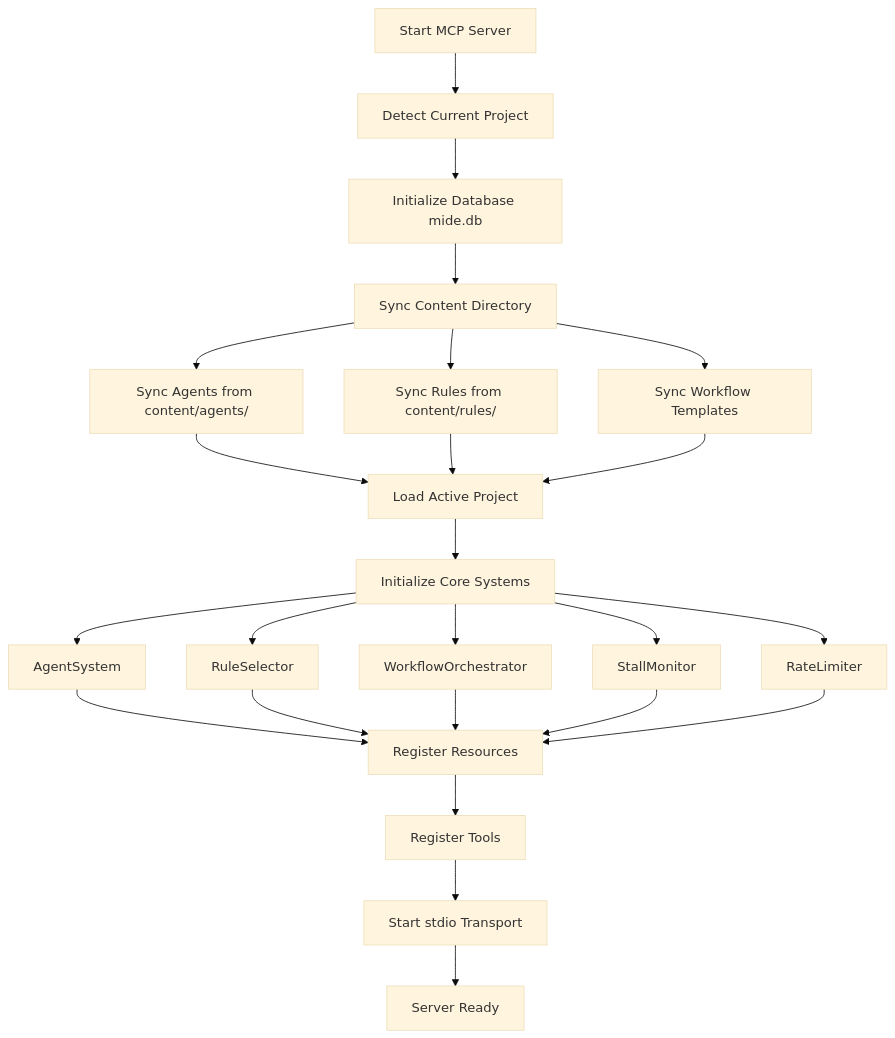
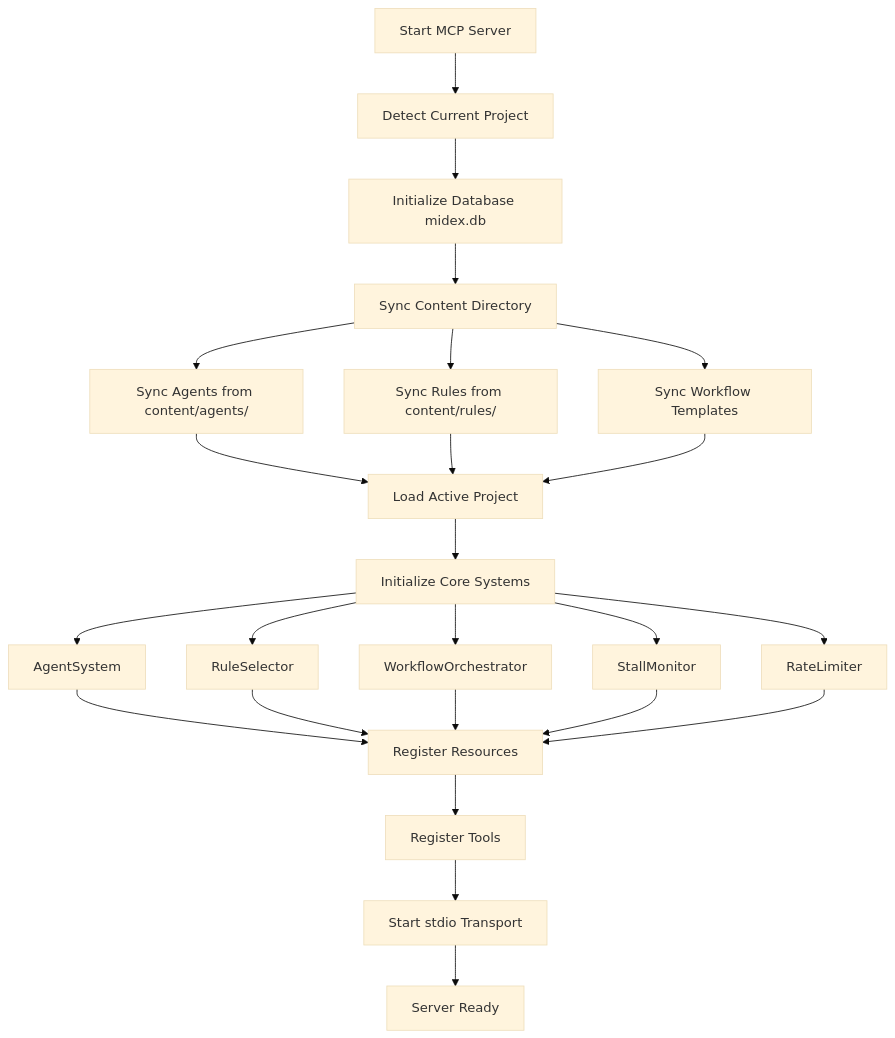
Before and after one commit to scscodes/midex: the first of 8 diagrams in docs/MCP_WORKFLOW_ORCHESTRATION.md, drawn with Mermaid (base theme). The commit also changed other lines of this file and 3 other files, not shown here.

````diff
--- a/docs/MCP_WORKFLOW_ORCHESTRATION.md
+++ b/docs/MCP_WORKFLOW_ORCHESTRATION.md
@@ -86,26 +86,26 @@
 ```mermaid
 graph TD
     A[Start MCP Server] --> B[Detect Current Project]
-    B --> C[Initialize Database mide.db]
+    B --> C[Initialize Database midex.db]
     C --> D[Sync Content Directory]
     D --> D1[Sync Agents from content/agents/]
     D --> D2[Sync Rules from content/rules/]
     D --> D3[Sync Workflow Templates]
     D1 --> E[Load Active Project]
     D2 --> E
     D3 --> E
     E --> F[Initialize Core Systems]
     F --> F1[AgentSystem]
     F --> F2[RuleSelector]
     F --> F3[WorkflowOrchestrator]
     F --> F4[StallMonitor]
     F --> F5[RateLimiter]
     F1 --> G[Register Resources]
     F2 --> G
     F3 --> G
     F4 --> G
     F5 --> G
     G --> H[Register Tools]
     H --> I[Start stdio Transport]
     I --> J[Server Ready]
 ```
````
